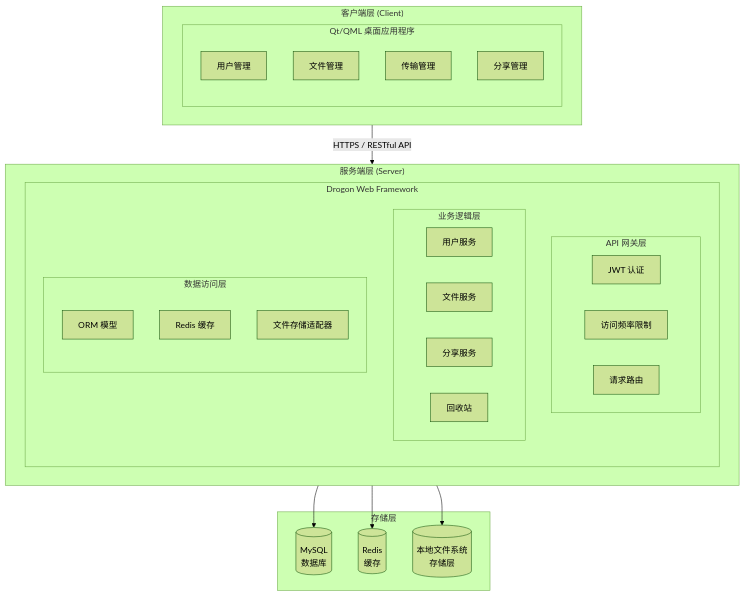
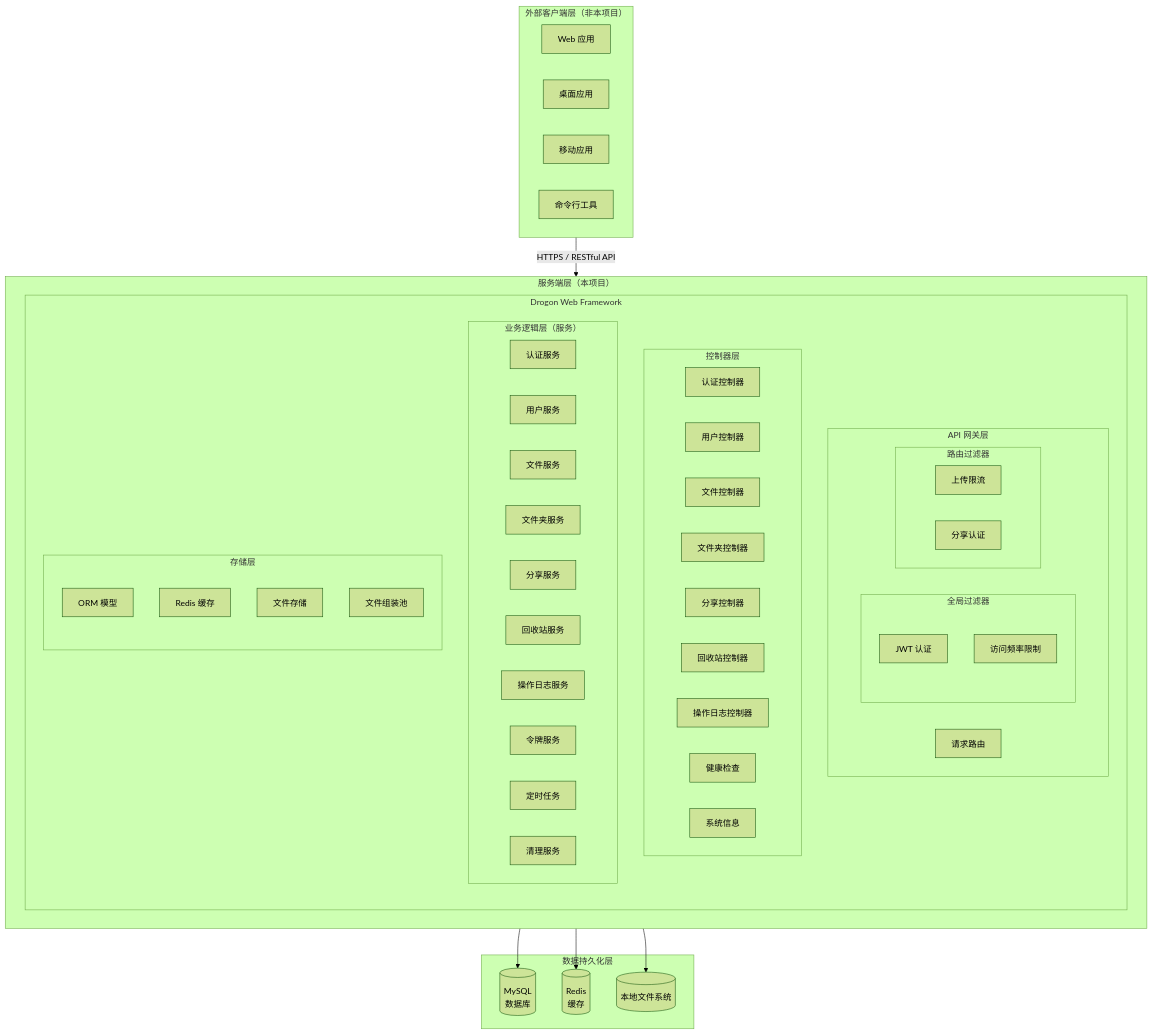
Before and after one commit to yizhinailong/disk: the first of 5 diagrams in docs/design/00-系统概述.md, drawn with Mermaid (forest theme). The commit also changed other lines of this file and 14 other files, not shown here.

First line of the commit message:
docs: refactor system architecture to emphasize RESTful API design

````diff
--- a/docs/design/00-系统概述.md
+++ b/docs/design/00-系统概述.md
@@ -32,43 +32,65 @@
 ```mermaid
 flowchart TB
-    subgraph Client["客户端层 (Client)"]
-        subgraph QtApp["Qt/QML 桌面应用程序"]
-            UserMgmt["用户管理"]
-            FileMgmt["文件管理"]
-            TransferMgmt["传输管理"]
-            ShareMgmt["分享管理"]
-        end
+    subgraph Clients["外部客户端层（非本项目）"]
+        WebApp["Web 应用"]
+        Desktop["桌面应用"]
+        Mobile["移动应用"]
+        CLI["命令行工具"]
     end
 
-    subgraph Server["服务端层 (Server)"]
+    subgraph Server["服务端层（本项目）"]
         subgraph Drogon["Drogon Web Framework"]
             subgraph APIGateway["API 网关层"]
-                JWT["JWT 认证"]
-                RateLimit["访问频率限制"]
+                subgraph Filters["全局过滤器"]
+                    JWT["JWT 认证"]
+                    RateLimit["访问频率限制"]
+                end
+                subgraph PerRouteFilters["路由过滤器"]
+                    UploadRateLimit["上传限流"]
+                    ShareAuth["分享认证"]
+                end
                 Router["请求路由"]
             end
-            subgraph Business["业务逻辑层"]
+            subgraph Controllers["控制器层"]
+                AuthCtrl["认证控制器"]
+                UserCtrl["用户控制器"]
+                FileCtrl["文件控制器"]
+                FolderCtrl["文件夹控制器"]
+                ShareCtrl["分享控制器"]
+                TrashCtrl["回收站控制器"]
+                OpLogCtrl["操作日志控制器"]
+                HealthCtrl["健康检查"]
+                SysCtrl["系统信息"]
+            end
+            subgraph Business["业务逻辑层（服务）"]
+                AuthService["认证服务"]
                 UserService["用户服务"]
                 FileService["文件服务"]
+                FolderService["文件夹服务"]
                 ShareService["分享服务"]
-                TrashService["回收站"]
+                TrashService["回收站服务"]
+                OpLogService["操作日志服务"]
+                TokenService["令牌服务"]
+                ScheduledTasks["定时任务"]
+                CleanupService["清理服务"]
             end
-            subgraph DataAccess["数据访问层"]
+            subgraph Storage["存储层"]
                 ORM["ORM 模型"]
                 RedisCache["Redis 缓存"]
-                FileAdapter["文件存储适配器"]
+                FileStorage["文件存储"]
+                AssemblyPool["文件组装池"]
             end
         end
     end
 
-    subgraph Storage["存储层"]
+    subgraph Data["数据持久化层"]
         MySQL[("MySQL<br/>数据库")]
         Redis[("Redis<br/>缓存")]
-        FileSystem[("本地文件系统<br/>存储层")]
+        FileSystem[("本地文件系统")]
     end
 
-    Client -->|"HTTPS / RESTful API"| Server
+    Clients -->|"HTTPS / RESTful API"| Server
     Server --> MySQL
     Server --> Redis
     Server --> FileSystem
 ```
````
